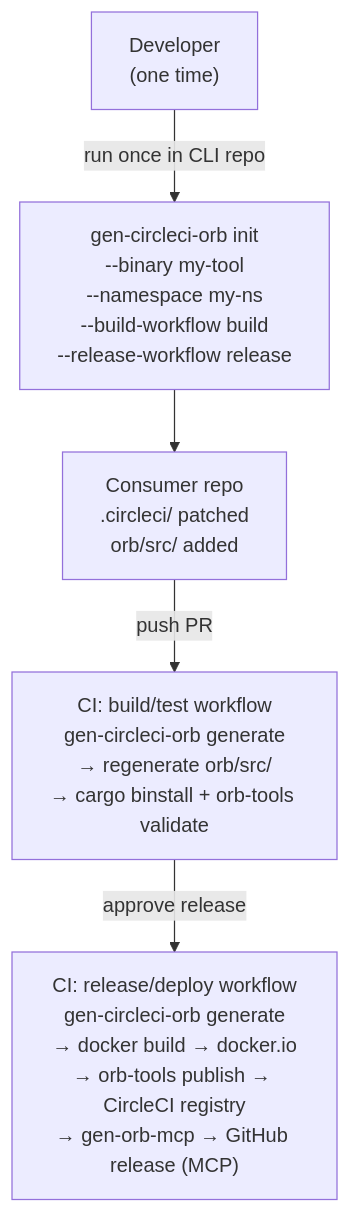
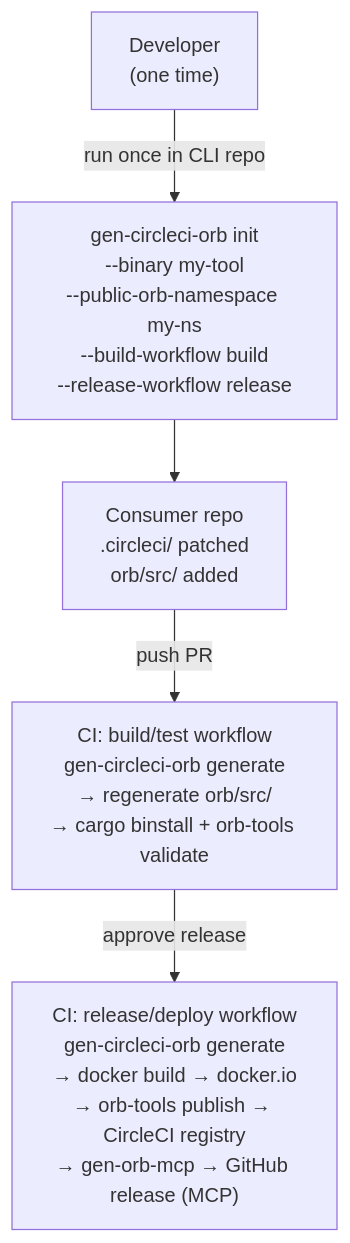
One commit to jerus-org/gen-circleci-orb changed the first of 3 diagrams in docs/design.md. Above: the diagram before and after it, drawn with Mermaid. The commit also changed other lines of this file and 6 other files, not shown here.

First line of the commit message:
refactor(generate): rename --namespace to --orb-namespace

````diff
--- a/docs/design.md
+++ b/docs/design.md
@@ -71,13 +71,13 @@
 ```mermaid
 flowchart TD
     DEV["Developer\n(one time)"]
-    INIT["gen-circleci-orb init\n--binary my-tool\n--namespace my-ns\n--build-workflow build\n--release-workflow release"]
+    INIT["gen-circleci-orb init\n--binary my-tool\n--public-orb-namespace my-ns\n--build-workflow build\n--release-workflow release"]
     REPO["Consumer repo\n.circleci/ patched\norb/src/ added"]
     CI_BUILD["CI: build/test workflow\ngen-circleci-orb generate\n→ regenerate orb/src/\n→ cargo binstall + orb-tools validate"]
     CI_RELEASE["CI: release/deploy workflow\ngen-circleci-orb generate\n→ docker build → docker.io\n→ orb-tools publish → CircleCI registry\n→ gen-orb-mcp → GitHub release (MCP)"]
 
     DEV -->|"run once in CLI repo"| INIT
     INIT --> REPO
     REPO -->|"push PR"| CI_BUILD
     CI_BUILD -->|"approve release"| CI_RELEASE
 ```
````
